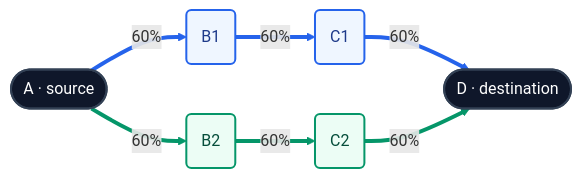
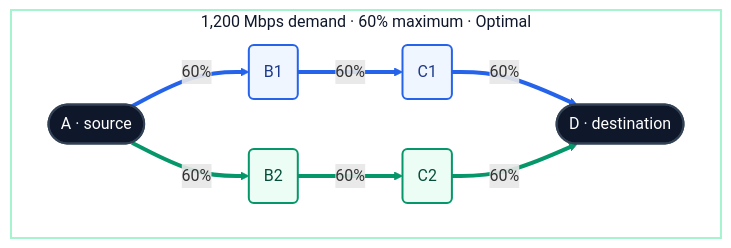
Before and after one commit to dan-voyer/IETF-Hackathon: the third of 4 diagrams in AINETOPS-IETF127-Hackathon.md, drawn with Mermaid. The commit also changed other lines of this file, not shown here.

Commit message:
Polish three-stage lab diagrams and align them with simulation results

````diff
--- a/AINETOPS-IETF127-Hackathon.md
+++ b/AINETOPS-IETF127-Hackathon.md
@@ -147,18 +154,22 @@
 ```mermaid
 flowchart LR
-    A(["A · source"]) -->|"60%"| B1("B1")
-    B1 -->|"60%"| C1("C1")
-    C1 -->|"60%"| D(["D · destination"])
-    A -->|"60%"| B2("B2")
-    B2 -->|"60%"| C2("C2")
-    C2 -->|"60%"| D
+    subgraph RUN["1,200 Mbps demand · 60% maximum · Optimal"]
+        direction LR
+        A(["A · source"]) -->|"60%"| B1("B1")
+        B1 -->|"60%"| C1("C1")
+        C1 -->|"60%"| D(["D · destination"])
+        A -->|"60%"| B2("B2")
+        B2 -->|"60%"| C2("C2")
+        C2 -->|"60%"| D
+    end
 
     classDef endpoint fill:#0f172a,stroke:#334155,color:#ffffff,stroke-width:2px
     classDef upper fill:#eff6ff,stroke:#2563eb,color:#1e3a8a,stroke-width:2px
     classDef lower fill:#ecfdf5,stroke:#059669,color:#064e3b,stroke-width:2px
     class A,D endpoint
     class B1,C1 upper
     class B2,C2 lower
     linkStyle 0,1,2 stroke:#2563eb,stroke-width:4px
     linkStyle 3,4,5 stroke:#059669,stroke-width:4px
+    style RUN fill:#ffffff,stroke:#a7f3d0,stroke-width:2px,color:#0f172a
 ```
````
